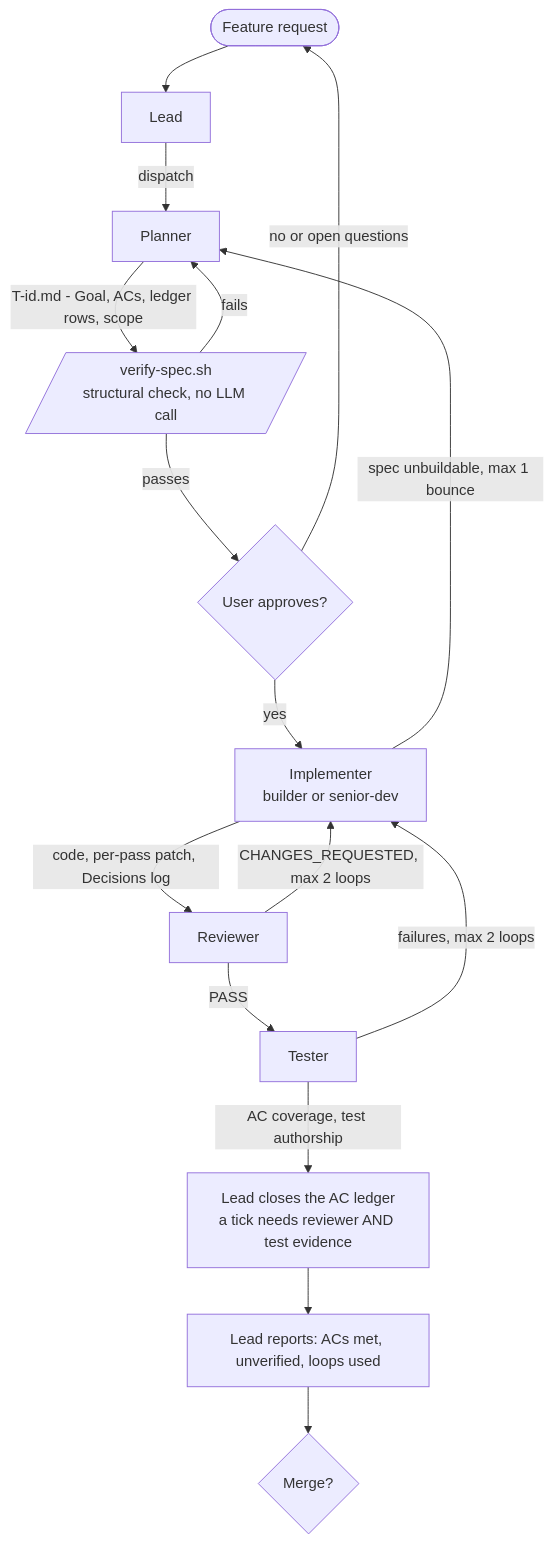
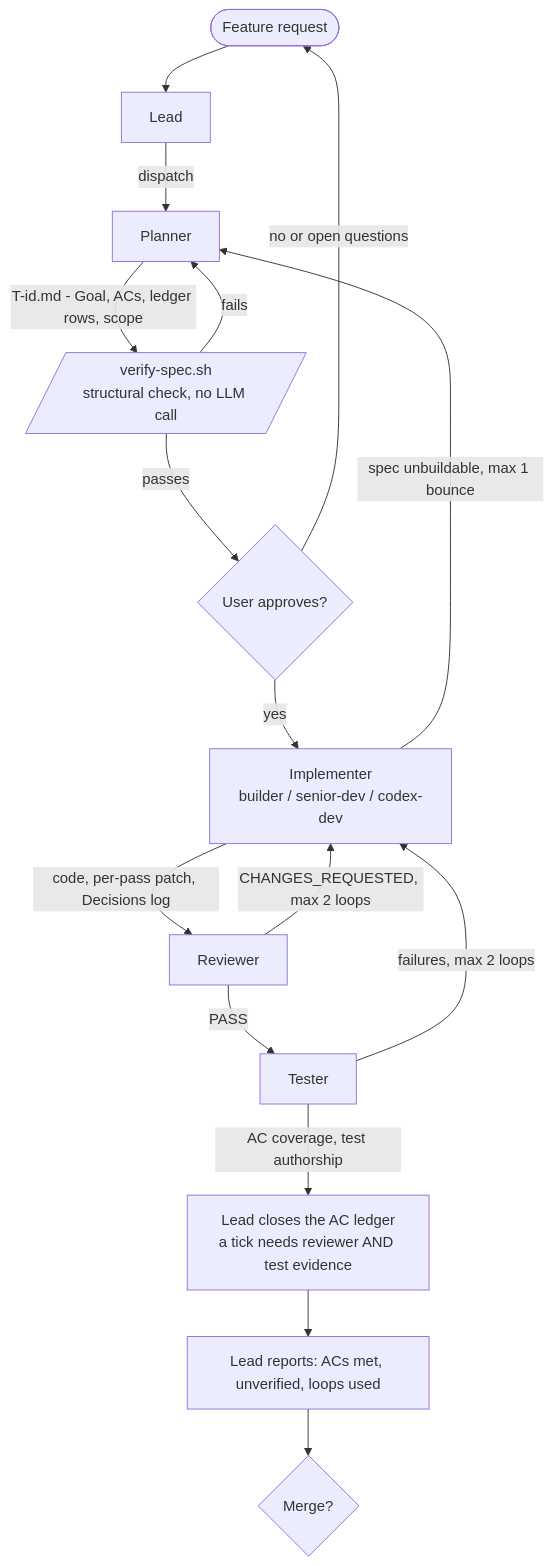
Before and after one commit to MShokry/agent-toolkit: the first of 3 diagrams in README.md, drawn with Mermaid. The commit also changed other lines of this file and 82 other files, not shown here.

````diff
--- a/README.md
+++ b/README.md
@@ -76,18 +128,18 @@
 ```mermaid
 flowchart TD
     Req([Feature request]) --> Lead
     Lead -->|dispatch| Planner
     Planner -->|T-id.md - Goal, ACs, ledger rows, scope| Spec[/verify-spec.sh<br/>structural check, no LLM call/]
     Spec -- fails --> Planner
     Spec -- passes --> Approve{User approves?}
     Approve -- no or open questions --> Req
-    Approve -- yes --> Impl[Implementer<br/>builder or senior-dev]
+    Approve -- yes --> Impl[Implementer<br/>builder / senior-dev / codex-dev]
     Impl -- spec unbuildable, max 1 bounce --> Planner
     Impl -->|code, per-pass patch, Decisions log| Review[Reviewer]
     Review -- CHANGES_REQUESTED, max 2 loops --> Impl
     Review -- PASS --> Test[Tester]
     Test -- failures, max 2 loops --> Impl
     Test -->|AC coverage, test authorship| Ledger[Lead closes the AC ledger<br/>a tick needs reviewer AND test evidence]
     Ledger --> Report[Lead reports: ACs met, unverified, loops used]
     Report --> Merge{Merge?}
 ```
````
